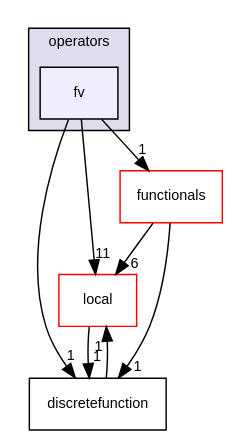
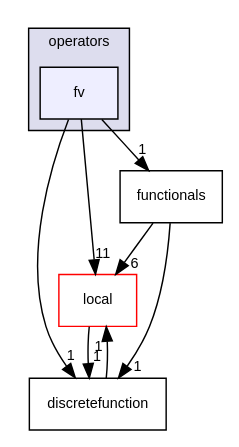
The diagram in docs/dune-gdt/master/dir_8fbd9d79de26bd0c08e4e5fb2ef2e7c5_dep.dot (dune-community/dune-community.github.io), drawn with Graphviz before and after one commit. The commit also changed 4104 other files, not shown here.

```diff
--- a/docs/dune-gdt/master/dir_8fbd9d79de26bd0c08e4e5fb2ef2e7c5_dep.dot
+++ b/docs/dune-gdt/master/dir_8fbd9d79de26bd0c08e4e5fb2ef2e7c5_dep.dot
@@ -1,19 +1,19 @@
 digraph "fv" {
   compound=true
   node [ fontsize="10", fontname="Helvetica"];
   edge [ labelfontsize="10", labelfontname="Helvetica"];
   subgraph clusterdir_8eae17099f455a1cfbd2c25e13098b8a {
     graph [ bgcolor="#ddddee", pencolor="black", label="operators" fontname="Helvetica", fontsize="10", URL="dir_8eae17099f455a1cfbd2c25e13098b8a.html"]
   dir_8fbd9d79de26bd0c08e4e5fb2ef2e7c5 [shape=box, label="fv", style="filled", fillcolor="#eeeeff", pencolor="black", URL="dir_8fbd9d79de26bd0c08e4e5fb2ef2e7c5.html"];
   }
   dir_e5964b6fd5a6d82d96e1215fe4a1a66d [shape=box label="local" fillcolor="white" style="filled" color="red" URL="dir_e5964b6fd5a6d82d96e1215fe4a1a66d.html"];
   dir_e555b9af892587a8ff0beb600029e8f8 [shape=box label="discretefunction" URL="dir_e555b9af892587a8ff0beb600029e8f8.html"];
-  dir_a1591cda0d63e65779075ba0a12732f6 [shape=box label="functionals" fillcolor="white" style="filled" color="red" URL="dir_a1591cda0d63e65779075ba0a12732f6.html"];
-  dir_8fbd9d79de26bd0c08e4e5fb2ef2e7c5->dir_e5964b6fd5a6d82d96e1215fe4a1a66d [headlabel="11", labeldistance=1.5 headhref="dir_000017_000016.html"];
-  dir_8fbd9d79de26bd0c08e4e5fb2ef2e7c5->dir_e555b9af892587a8ff0beb600029e8f8 [headlabel="1", labeldistance=1.5 headhref="dir_000017_000021.html"];
-  dir_8fbd9d79de26bd0c08e4e5fb2ef2e7c5->dir_a1591cda0d63e65779075ba0a12732f6 [headlabel="1", labeldistance=1.5 headhref="dir_000017_000011.html"];
-  dir_e5964b6fd5a6d82d96e1215fe4a1a66d->dir_e555b9af892587a8ff0beb600029e8f8 [headlabel="1", labeldistance=1.5 headhref="dir_000016_000021.html"];
-  dir_e555b9af892587a8ff0beb600029e8f8->dir_e5964b6fd5a6d82d96e1215fe4a1a66d [headlabel="1", labeldistance=1.5 headhref="dir_000021_000016.html"];
-  dir_a1591cda0d63e65779075ba0a12732f6->dir_e5964b6fd5a6d82d96e1215fe4a1a66d [headlabel="6", labeldistance=1.5 headhref="dir_000011_000016.html"];
-  dir_a1591cda0d63e65779075ba0a12732f6->dir_e555b9af892587a8ff0beb600029e8f8 [headlabel="1", labeldistance=1.5 headhref="dir_000011_000021.html"];
+  dir_a1591cda0d63e65779075ba0a12732f6 [shape=box label="functionals" URL="dir_a1591cda0d63e65779075ba0a12732f6.html"];
+  dir_8fbd9d79de26bd0c08e4e5fb2ef2e7c5->dir_e5964b6fd5a6d82d96e1215fe4a1a66d [headlabel="11", labeldistance=1.5 headhref="dir_000013_000010.html"];
+  dir_8fbd9d79de26bd0c08e4e5fb2ef2e7c5->dir_e555b9af892587a8ff0beb600029e8f8 [headlabel="1", labeldistance=1.5 headhref="dir_000013_000017.html"];
+  dir_8fbd9d79de26bd0c08e4e5fb2ef2e7c5->dir_a1591cda0d63e65779075ba0a12732f6 [headlabel="1", labeldistance=1.5 headhref="dir_000013_000011.html"];
+  dir_e5964b6fd5a6d82d96e1215fe4a1a66d->dir_e555b9af892587a8ff0beb600029e8f8 [headlabel="1", labeldistance=1.5 headhref="dir_000010_000017.html"];
+  dir_e555b9af892587a8ff0beb600029e8f8->dir_e5964b6fd5a6d82d96e1215fe4a1a66d [headlabel="1", labeldistance=1.5 headhref="dir_000017_000010.html"];
+  dir_a1591cda0d63e65779075ba0a12732f6->dir_e5964b6fd5a6d82d96e1215fe4a1a66d [headlabel="6", labeldistance=1.5 headhref="dir_000011_000010.html"];
+  dir_a1591cda0d63e65779075ba0a12732f6->dir_e555b9af892587a8ff0beb600029e8f8 [headlabel="1", labeldistance=1.5 headhref="dir_000011_000017.html"];
 }
```
